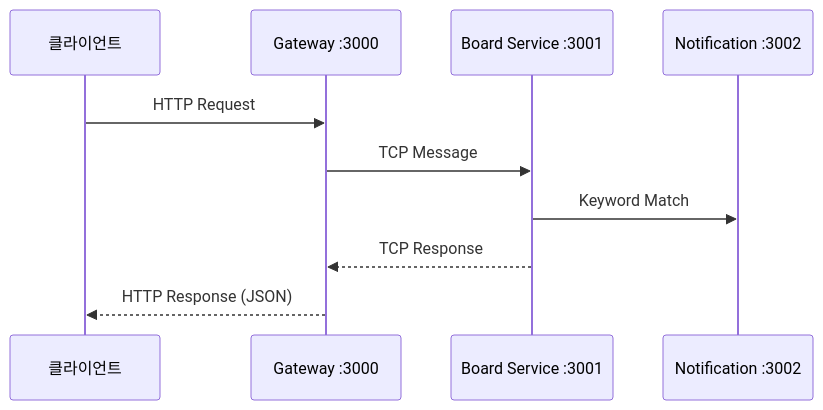
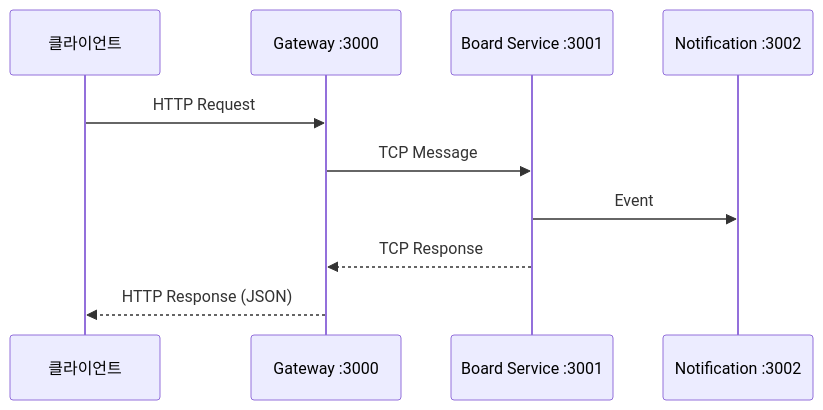
Before and after one commit to kimhyosung1/toy-project: the diagram in ssot/04_API_Interface.md, drawn with Mermaid. The commit also changed other lines of this file and 24 other files, not shown here.

````diff
--- a/ssot/04_API_Interface.md
+++ b/ssot/04_API_Interface.md
@@ -19,13 +19,13 @@
 ```mermaid
 sequenceDiagram
     participant Client as 클라이언트
     participant Gateway as Gateway :3000
     participant Board as Board Service :3001
     participant Notification as Notification :3002
 
     Client->>Gateway: HTTP Request
     Gateway->>Board: TCP Message
-    Board->>Notification: Keyword Match
+    Board->>Notification: Event
     Board-->>Gateway: TCP Response
     Gateway-->>Client: HTTP Response (JSON)
 ```
````
